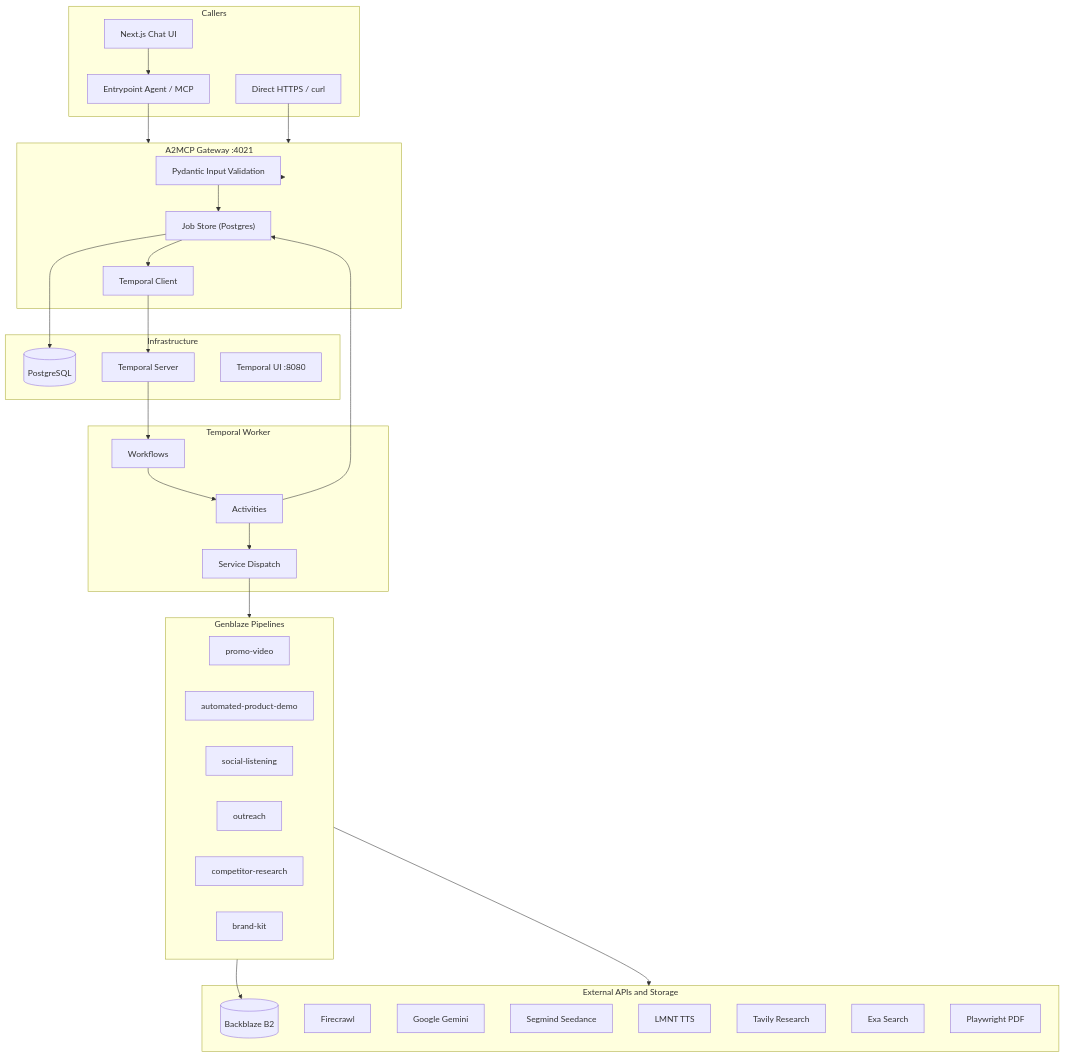
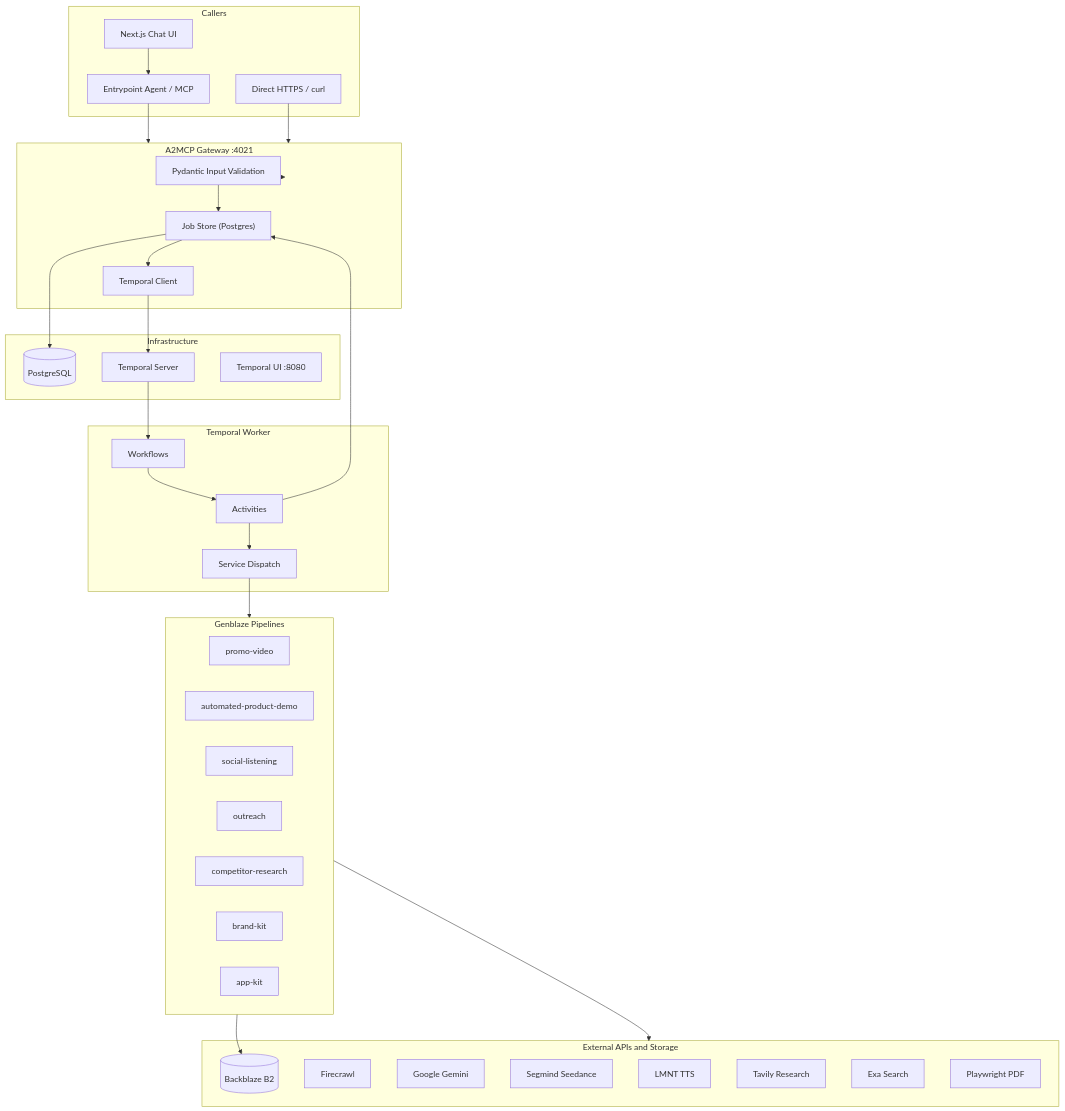
One commit to Marshal-AM/founderblaze changed the second of 15 diagrams in README.md. Above: the diagram before and after it, drawn with Mermaid. The commit also changed other lines of this file, not shown here.

````diff
--- a/README.md
+++ b/README.md
@@ -317,58 +319,59 @@
 ```mermaid
 flowchart TB
     subgraph Clients["Callers"]
         ChatUI["Next.js Chat UI"]
         AgentAPI["Entrypoint Agent / MCP"]
         DirectHTTP["Direct HTTPS / curl"]
     end
 
     subgraph Gateway["A2MCP Gateway :4021"]
         PyVal["Pydantic Input Validation"]
         JobStore["Job Store (Postgres)"]
         TempClient["Temporal Client"]
     end
 
     subgraph Infra["Infrastructure"]
         PG[("PostgreSQL")]
         Temporal["Temporal Server"]
         TempUI["Temporal UI :8080"]
     end
 
     subgraph Worker["Temporal Worker"]
         Workflows["Workflows"]
         Activities["Activities"]
         Dispatch["Service Dispatch"]
     end
 
     subgraph Services["Genblaze Pipelines"]
         PV["promo-video"]
         APD["automated-product-demo"]
         SL["social-listening"]
         OR["outreach"]
         CR["competitor-research"]
         BK["brand-kit"]
+        AK["app-kit"]
     end
 
     subgraph External["External APIs and Storage"]
         B2[("Backblaze B2")]
         Firecrawl["Firecrawl"]
         Gemini["Google Gemini"]
         Segmind["Segmind Seedance"]
         LMNT["LMNT TTS"]
         Tavily["Tavily Research"]
         Exa["Exa Search"]
         Playwright["Playwright PDF"]
     end
 
     ChatUI --> AgentAPI
     AgentAPI --> Gateway
     DirectHTTP --> Gateway
     Gateway --> PyVal --> JobStore --> TempClient
     JobStore --> PG
     TempClient --> Temporal
     Temporal --> Workflows --> Activities --> Dispatch
     Dispatch --> Services
     Activities --> JobStore
     Services --> B2
     Services --> External
 ```
````
